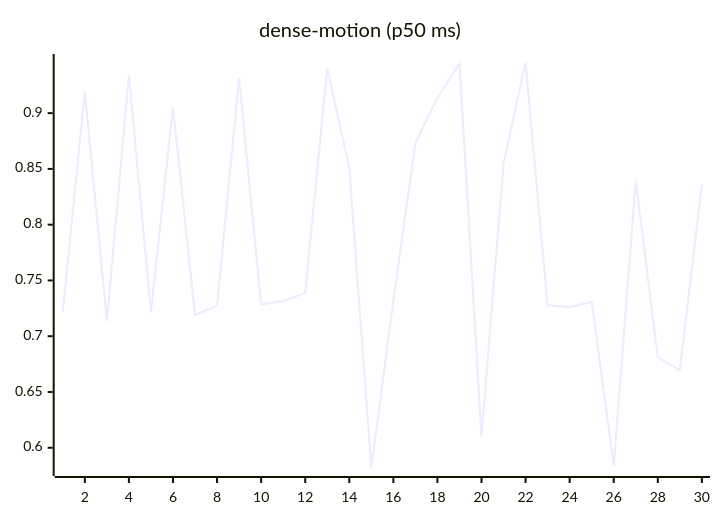
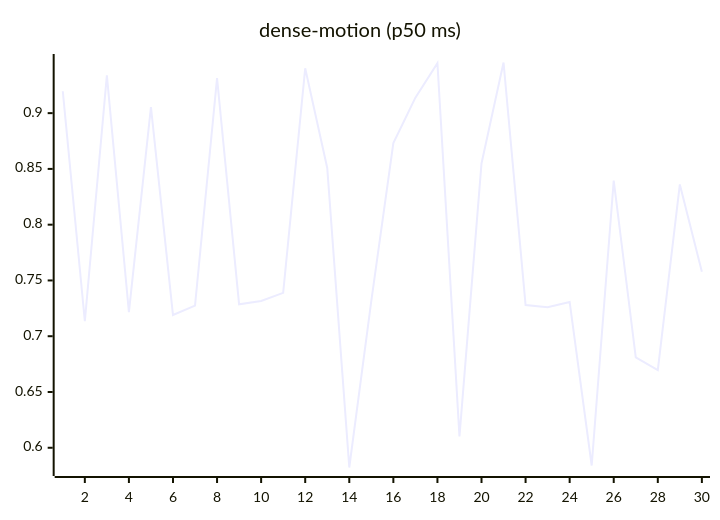
One commit to josha/Facet changed the ninth of 27 diagrams in README.md. Above: the diagram before and after it, drawn with Mermaid. The commit also changed other lines of this file and 2 other files, not shown here.

````diff
--- a/README.md
+++ b/README.md
@@ -119,6 +119,6 @@
 ```mermaid
 xychart-beta
     title "dense-motion (p50 ms)"
     x-axis 1 --> 30
-    line [0.7219, 0.9196, 0.7134, 0.9338, 0.7216, 0.9055, 0.7190, 0.7274, 0.9314, 0.7286, 0.7316, 0.7389, 0.9402, 0.8508, 0.5823, 0.7317, 0.8731, 0.9139, 0.9448, 0.6101, 0.8549, 0.9454, 0.7280, 0.7259, 0.7307, 0.5841, 0.8396, 0.6811, 0.6696, 0.8361]
+    line [0.9196, 0.7134, 0.9338, 0.7216, 0.9055, 0.7190, 0.7274, 0.9314, 0.7286, 0.7316, 0.7389, 0.9402, 0.8508, 0.5823, 0.7317, 0.8731, 0.9139, 0.9448, 0.6101, 0.8549, 0.9454, 0.7280, 0.7259, 0.7307, 0.5841, 0.8396, 0.6811, 0.6696, 0.8361, 0.7579]
 ```
````
